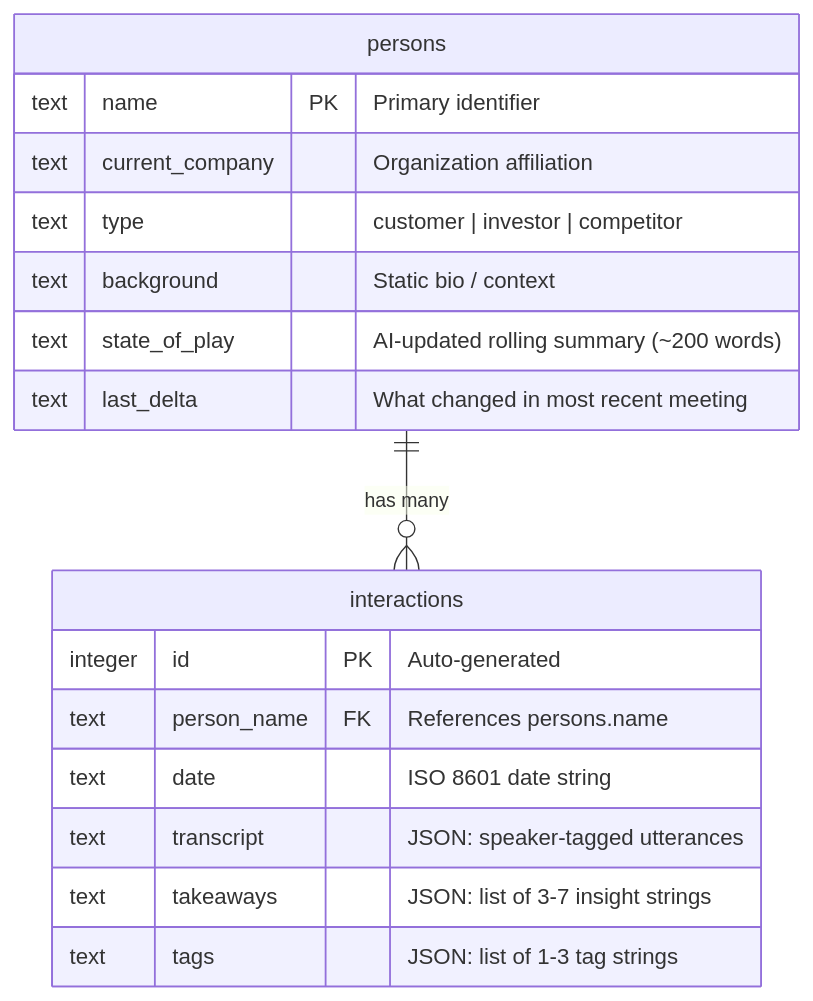
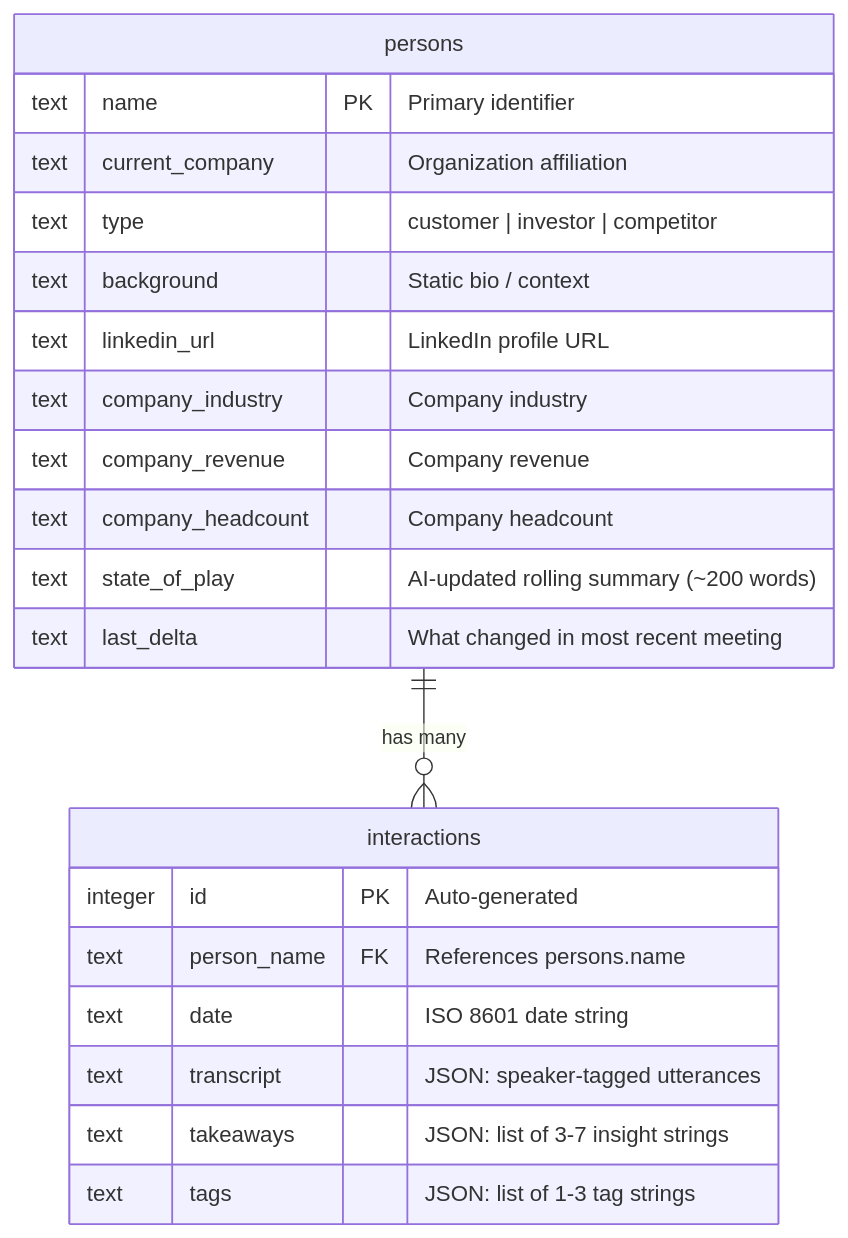
One commit to robertdoherty/rolodex changed the first of 2 diagrams in README.md. Above: the diagram before and after it, drawn with Mermaid. The commit also changed other lines of this file and 2 other files, not shown here.

````diff
--- a/README.md
+++ b/README.md
@@ -56,20 +56,24 @@
 ```mermaid
 erDiagram
     persons ||--o{ interactions : "has many"
     persons {
         text name PK "Primary identifier"
         text current_company "Organization affiliation"
         text type "customer | investor | competitor"
         text background "Static bio / context"
+        text linkedin_url "LinkedIn profile URL"
+        text company_industry "Company industry"
+        text company_revenue "Company revenue"
+        text company_headcount "Company headcount"
         text state_of_play "AI-updated rolling summary (~200 words)"
         text last_delta "What changed in most recent meeting"
     }
     interactions {
         integer id PK "Auto-generated"
         text person_name FK "References persons.name"
         text date "ISO 8601 date string"
         text transcript "JSON: speaker-tagged utterances"
         text takeaways "JSON: list of 3-7 insight strings"
         text tags "JSON: list of 1-3 tag strings"
     }
 ```
````
